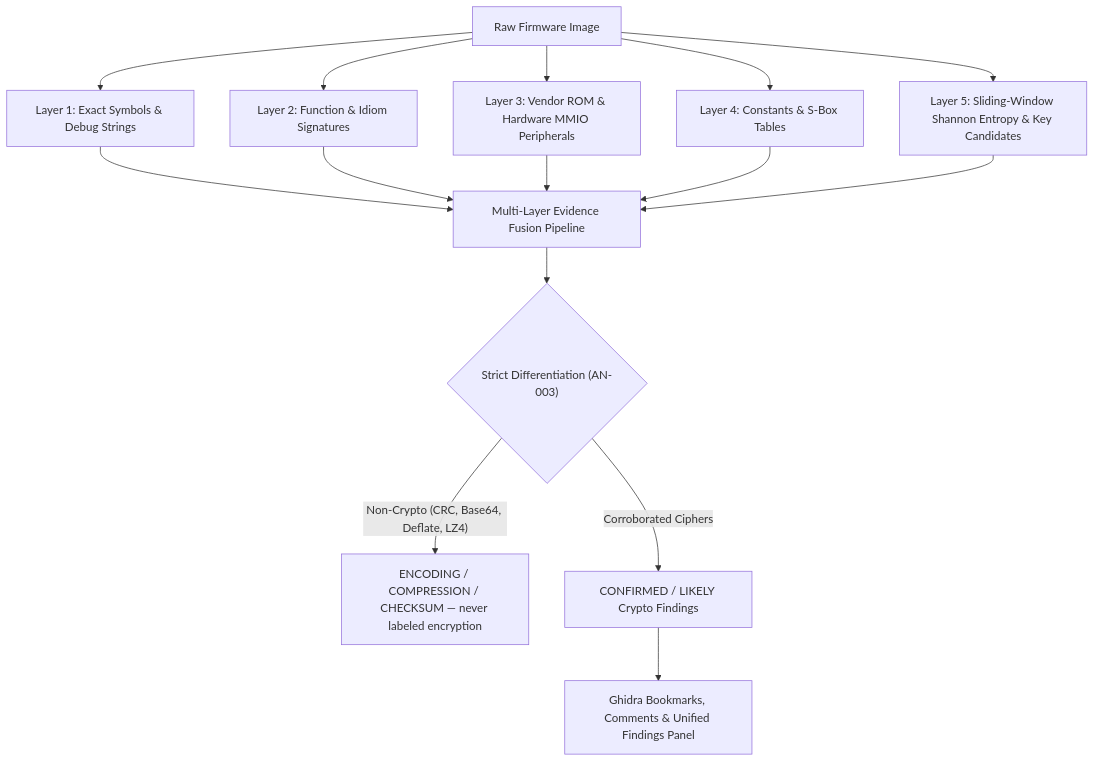
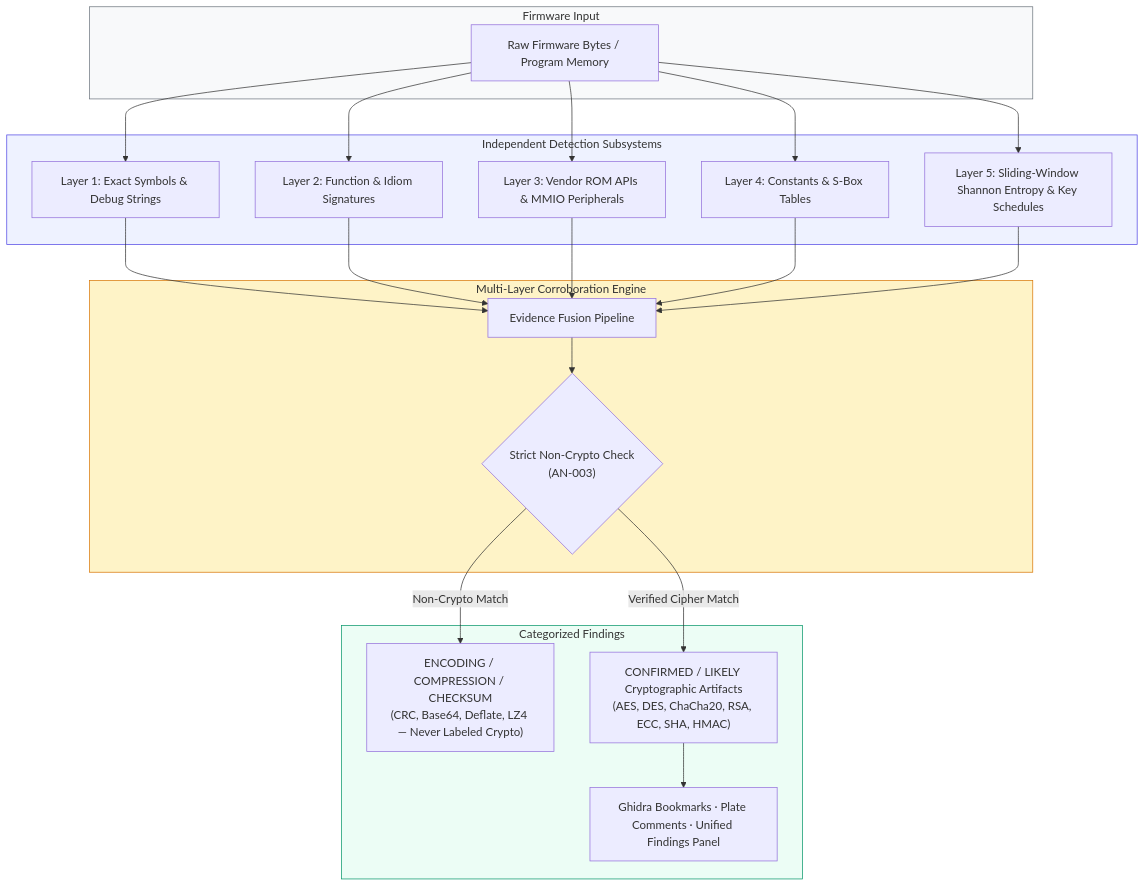
Before and after one commit to reza-bakhshi/Embedra: the second of 2 diagrams in README.md, drawn with Mermaid. The commit also changed other lines of this file, not shown here.

Commit message:
docs: modernize README with aesthetic hero banner, capability matrix, and diagrams

````diff
--- a/README.md
+++ b/README.md
@@ -167,17 +169,37 @@
 ```mermaid
 flowchart TD
-    A["Raw Firmware Image"] --> B["Layer 1: Exact Symbols & Debug Strings"]
-    A --> C["Layer 2: Function & Idiom Signatures"]
-    A --> D["Layer 3: Vendor ROM & Hardware MMIO Peripherals"]
-    A --> E["Layer 4: Constants & S-Box Tables"]
-    A --> F["Layer 5: Sliding-Window Shannon Entropy & Key Candidates"]
-    B --> G["Multi-Layer Evidence Fusion Pipeline"]
-    C --> G
-    D --> G
-    E --> G
-    F --> G
-    G --> H{"Strict Differentiation (AN-003)"}
-    H -->|"Non-Crypto (CRC, Base64, Deflate, LZ4)"| I["ENCODING / COMPRESSION / CHECKSUM — never labeled encryption"]
-    H -->|"Corroborated Ciphers"| J["CONFIRMED / LIKELY Crypto Findings"]
-    J --> K["Ghidra Bookmarks, Comments & Unified Findings Panel"]
+    subgraph INPUT["Firmware Input"]
+        RAW["Raw Firmware Bytes / Program Memory"]
+    end
+
+    subgraph LAYERS["Independent Detection Subsystems"]
+        L1["Layer 1: Exact Symbols & Debug Strings"]
+        L2["Layer 2: Function & Idiom Signatures"]
+        L3["Layer 3: Vendor ROM APIs & MMIO Peripherals"]
+        L4["Layer 4: Constants & S-Box Tables"]
+        L5["Layer 5: Sliding-Window Shannon Entropy & Key Schedules"]
+    end
+
+    subgraph FUSION["Multi-Layer Corroboration Engine"]
+        PIPE["Evidence Fusion Pipeline"]
+        CHECK{"Strict Non-Crypto Check<br/>(AN-003)"}
+    end
+
+    subgraph OUTPUT["Categorized Findings"]
+        NON["ENCODING / COMPRESSION / CHECKSUM<br/>(CRC, Base64, Deflate, LZ4 — Never Labeled Crypto)"]
+        CRYPTO["CONFIRMED / LIKELY Cryptographic Artifacts<br/>(AES, DES, ChaCha20, RSA, ECC, SHA, HMAC)"]
+        UI["Ghidra Bookmarks · Plate Comments · Unified Findings Panel"]
+    end
+
+    RAW --> L1 & L2 & L3 & L4 & L5
+    L1 & L2 & L3 & L4 & L5 --> PIPE
+    PIPE --> CHECK
+    CHECK -->|"Non-Crypto Match"| NON
+    CHECK -->|"Verified Cipher Match"| CRYPTO
+    CRYPTO --> UI
+
+    style INPUT fill:#f8f9fa,stroke:#6c757d
+    style LAYERS fill:#eef2ff,stroke:#4f46e5
+    style FUSION fill:#fef3c7,stroke:#d97706
+    style OUTPUT fill:#ecfdf5,stroke:#059669
 ```
````
